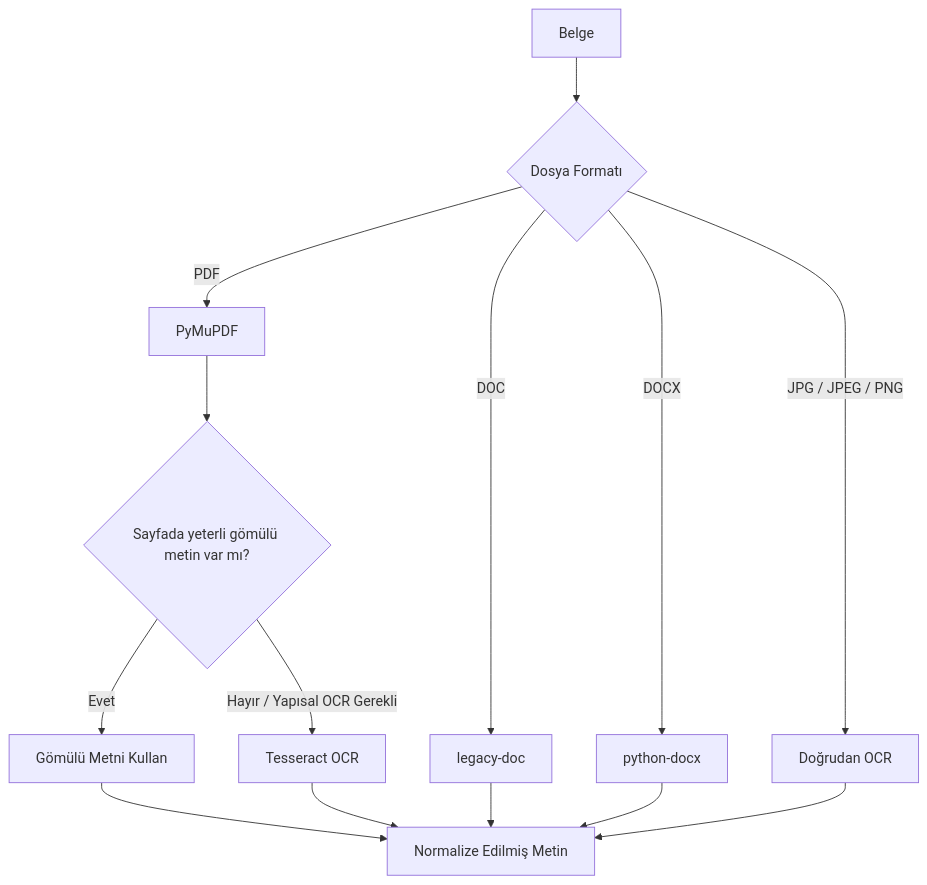
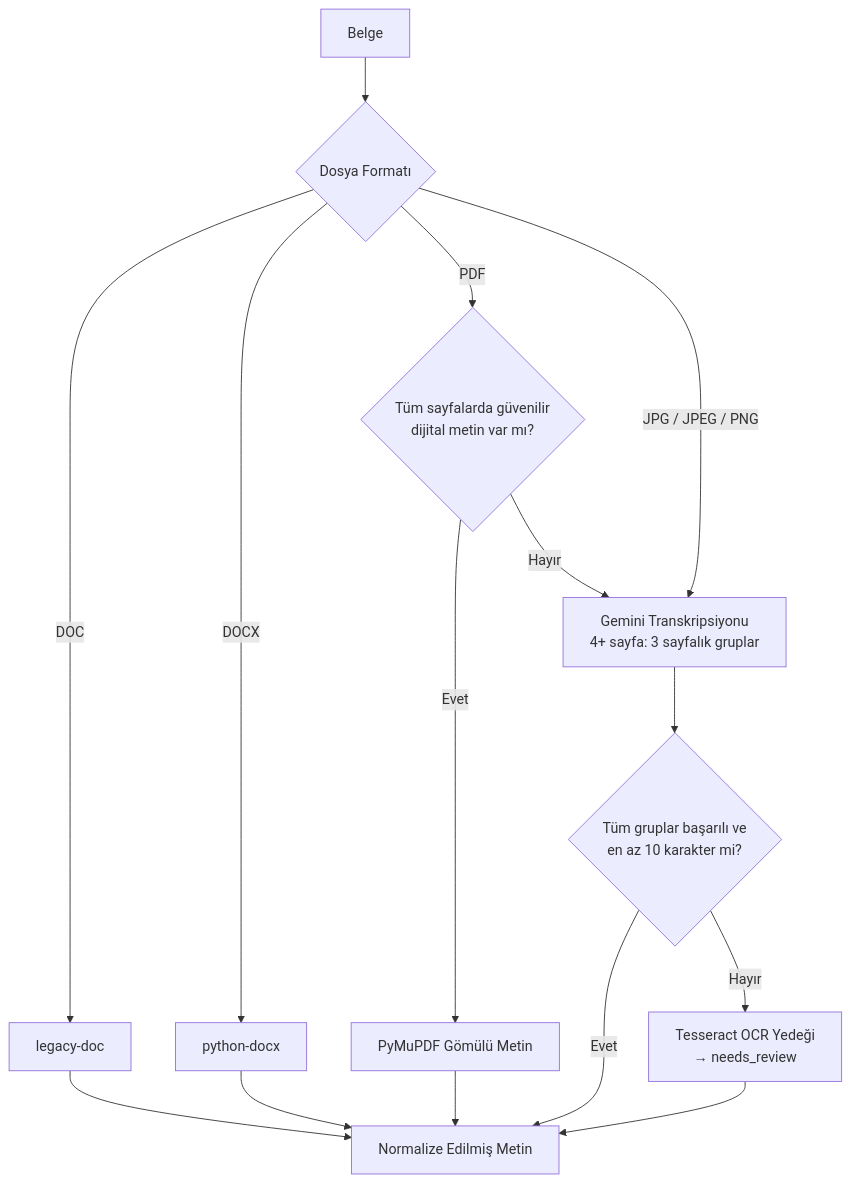
Before and after one commit to KeremGerede/dosya_sistemi: the second of 2 diagrams in README.md, drawn with Mermaid. The commit also changed other lines of this file and 3 other files, not shown here.

First line of the commit message:
docs: record V1.3 Gemini transcription architecture

````diff
--- a/README.md
+++ b/README.md
@@ -195,19 +193,20 @@
 ```mermaid
 flowchart TD
     A[Belge] --> B{Dosya Formatı}
 
-    B -->|PDF| C[PyMuPDF]
     B -->|DOC| D[legacy-doc]
     B -->|DOCX| E[python-docx]
-    B -->|JPG / JPEG / PNG| F[Doğrudan OCR]
+    B -->|PDF| C{Tüm sayfalarda güvenilir<br/>dijital metin var mı?}
+    B -->|JPG / JPEG / PNG| G[Gemini Transkripsiyonu<br/>4+ sayfa: 3 sayfalık gruplar]
 
-    C --> G{Sayfada yeterli gömülü metin var mı?}
-    G -->|Evet| H[Gömülü Metni Kullan]
-    G -->|Hayır / Yapısal OCR Gerekli| I[Tesseract OCR]
+    C -->|Evet| H[PyMuPDF Gömülü Metin]
+    C -->|Hayır| G
+    G --> K{Tüm gruplar başarılı ve<br/>en az 10 karakter mi?}
+    K -->|Evet| J[Normalize Edilmiş Metin]
+    K -->|Hayır| T[Tesseract OCR Yedeği<br/>→ needs_review]
 
-    H --> J[Normalize Edilmiş Metin]
-    I --> J
+    H --> J
     D --> J
     E --> J
-    F --> J
+    T --> J
 ```
````
